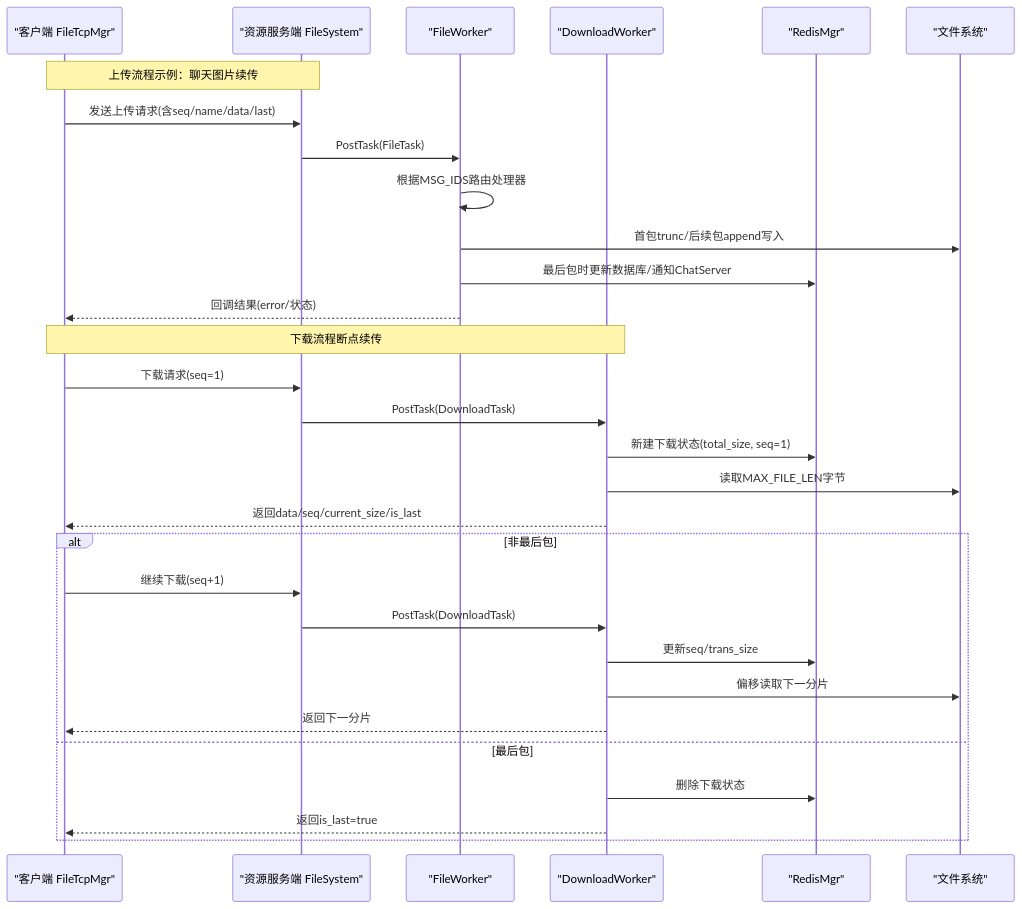
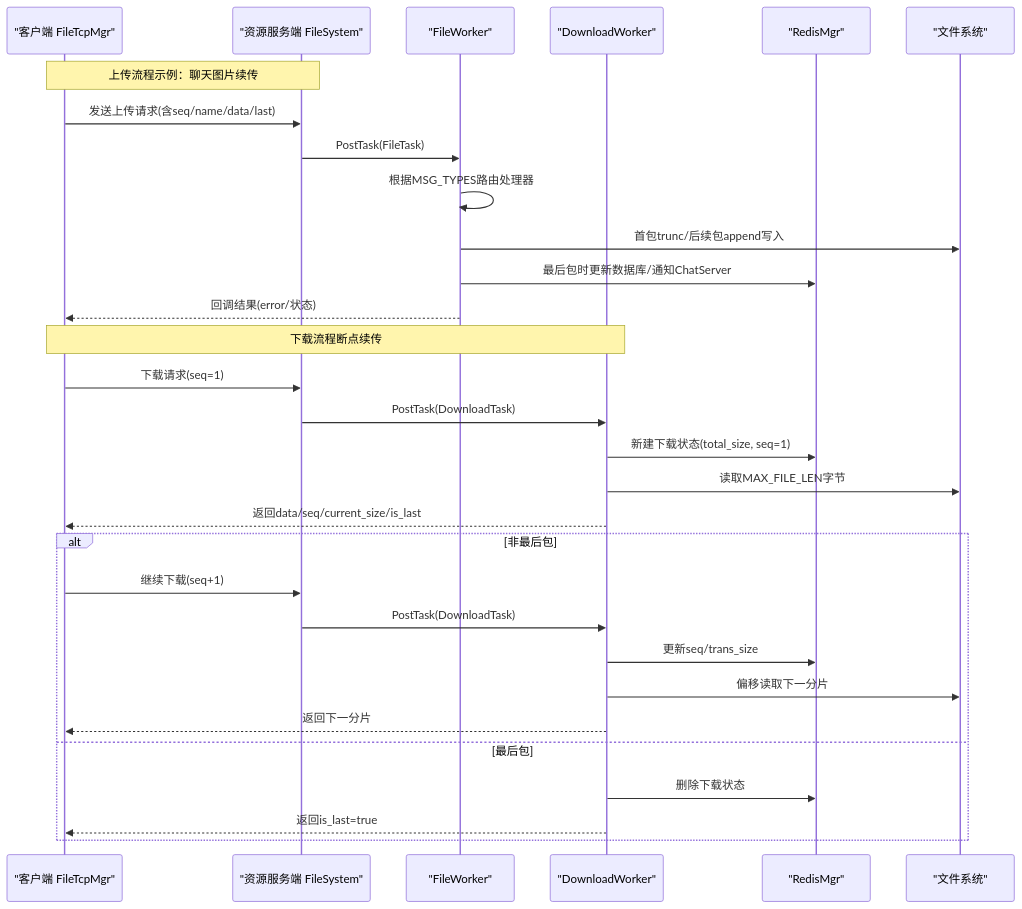
The second of 5 diagrams in .qoder/repowiki/zh/content/服务端开发/ResourceServer资源存储服务/文件异步处理引擎.md (echo9923/mychatter), drawn with Mermaid before and after one commit. The commit also changed other lines of this file and 128 other files, not shown here.

````diff
--- a/.qoder/repowiki/zh/content/服务端开发/ResourceServer资源存储服务/文件异步处理引擎.md
+++ b/.qoder/repowiki/zh/content/服务端开发/ResourceServer资源存储服务/文件异步处理引擎.md
@@ -102,32 +102,32 @@
 ```mermaid
 sequenceDiagram
 participant Client as "客户端 FileTcpMgr"
 participant Server as "资源服务端 FileSystem"
 participant FW as "FileWorker"
 participant DW as "DownloadWorker"
 participant Redis as "RedisMgr"
 participant Disk as "文件系统"
 Note over Client,Server : 上传流程示例：聊天图片续传
 Client->>Server : 发送上传请求(含seq/name/data/last)
 Server->>FW : PostTask(FileTask)
-FW->>FW : 根据MSG_IDS路由处理器
+FW->>FW : 根据MSG_TYPES路由处理器
 FW->>Disk : 首包trunc/后续包append写入
 FW->>Redis : 最后包时更新数据库/通知ChatServer
 FW-->>Client : 回调结果(error/状态)
 Note over Client,DW : 下载流程断点续传
 Client->>Server : 下载请求(seq=1)
 Server->>DW : PostTask(DownloadTask)
 DW->>Redis : 新建下载状态(total_size, seq=1)
 DW->>Disk : 读取MAX_FILE_LEN字节
 DW-->>Client : 返回data/seq/current_size/is_last
 alt 非最后包
 Client->>Server : 继续下载(seq+1)
 Server->>DW : PostTask(DownloadTask)
 DW->>Redis : 更新seq/trans_size
 DW->>Disk : 偏移读取下一分片
 DW-->>Client : 返回下一分片
 else 最后包
 DW->>Redis : 删除下载状态
 DW-->>Client : 返回is_last=true
 end
 ```
````
